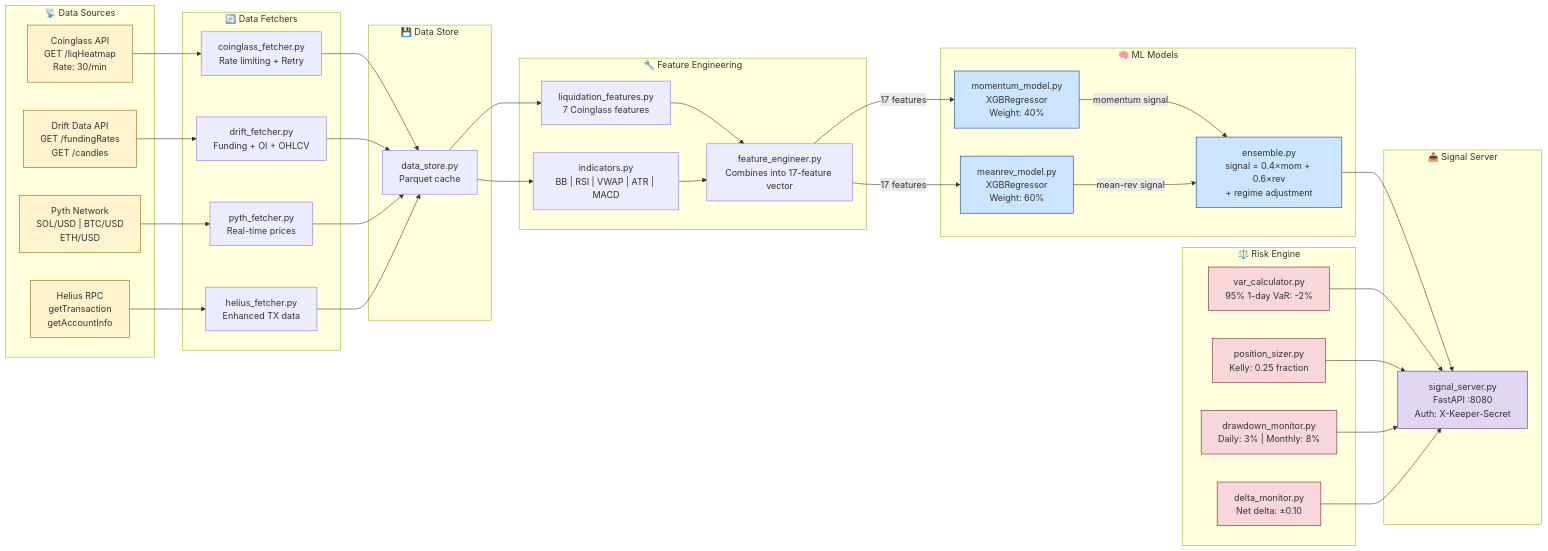
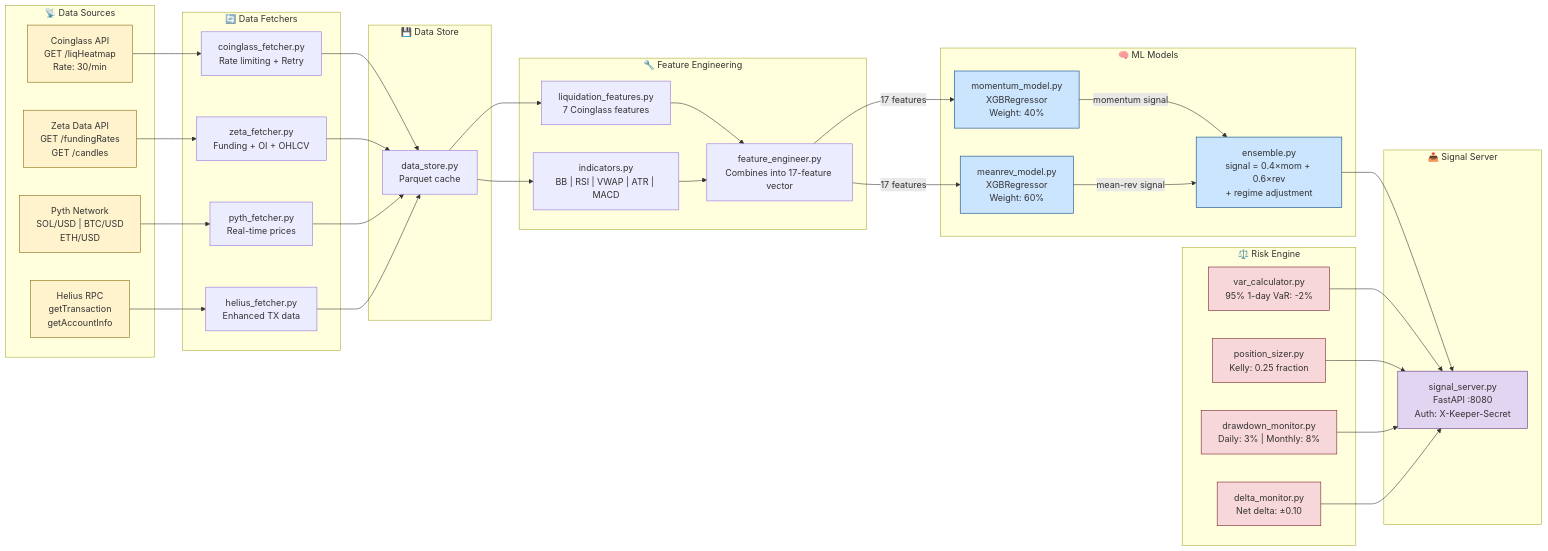
Before and after one commit to Ashutosh0x/ranger-ai-vault: the third of 20 diagrams in docs/ARCHITECTURE.md, drawn with Mermaid. The commit also changed other lines of this file and 82 other files, not shown here.

Commit message:
feat: pivot from Drift to Zeta Markets and add walk-forward backtest results

````diff
--- a/docs/ARCHITECTURE.md
+++ b/docs/ARCHITECTURE.md
@@ -219,73 +219,73 @@
 ```mermaid
 graph LR
     subgraph DataSources["📡 Data Sources"]
         CG["Coinglass API<br/>GET /liqHeatmap<br/>Rate: 30/min"]
-        DA["Drift Data API<br/>GET /fundingRates<br/>GET /candles"]
+        DA["Zeta Data API<br/>GET /fundingRates<br/>GET /candles"]
         PY["Pyth Network<br/>SOL/USD | BTC/USD<br/>ETH/USD"]
         HE["Helius RPC<br/>getTransaction<br/>getAccountInfo"]
     end
 
     subgraph Fetchers["🔄 Data Fetchers"]
         CF["coinglass_fetcher.py<br/>Rate limiting + Retry"]
-        DF["drift_fetcher.py<br/>Funding + OI + OHLCV"]
+        DF["zeta_fetcher.py<br/>Funding + OI + OHLCV"]
         PF["pyth_fetcher.py<br/>Real-time prices"]
         HF["helius_fetcher.py<br/>Enhanced TX data"]
     end
 
     subgraph Cache["💾 Data Store"]
         DS["data_store.py<br/>Parquet cache"]
     end
 
     subgraph Features["🔧 Feature Engineering"]
         LF["liquidation_features.py<br/>7 Coinglass features"]
         TI["indicators.py<br/>BB | RSI | VWAP | ATR | MACD"]
         FE["feature_engineer.py<br/>Combines into 17-feature vector"]
     end
 
     subgraph Models["🧠 ML Models"]
         MM["momentum_model.py<br/>XGBRegressor<br/>Weight: 40%"]
         MR["meanrev_model.py<br/>XGBRegressor<br/>Weight: 60%"]
         EN["ensemble.py<br/>signal = 0.4×mom + 0.6×rev<br/>+ regime adjustment"]
     end
 
     subgraph RiskEngine["⚖️ Risk Engine"]
         VC["var_calculator.py<br/>95% 1-day VaR: -2%"]
         PS["position_sizer.py<br/>Kelly: 0.25 fraction"]
         DM["drawdown_monitor.py<br/>Daily: 3% | Monthly: 8%"]
         DL["delta_monitor.py<br/>Net delta: ±0.10"]
     end
 
     subgraph Output["📤 Signal Server"]
         SS["signal_server.py<br/>FastAPI :8080<br/>Auth: X-Keeper-Secret"]
     end
 
     CG --> CF --> DS
     DA --> DF --> DS
     PY --> PF --> DS
     HE --> HF --> DS
 
     DS --> LF --> FE
     DS --> TI --> FE
 
     FE -->|"17 features"| MM
     FE -->|"17 features"| MR
 
     MM -->|"momentum signal"| EN
     MR -->|"mean-rev signal"| EN
 
     EN --> SS
     VC --> SS
     PS --> SS
     DM --> SS
     DL --> SS
 
     classDef source fill:#fff3cd,stroke:#856404
     classDef model fill:#cce5ff,stroke:#004085
     classDef risk fill:#f8d7da,stroke:#721c24
     classDef output fill:#e2d5f1,stroke:#5a2d82
 
     class CG,DA,PY,HE source
     class MM,MR,EN model
     class VC,PS,DM,DL risk
     class SS output
 ```
````
